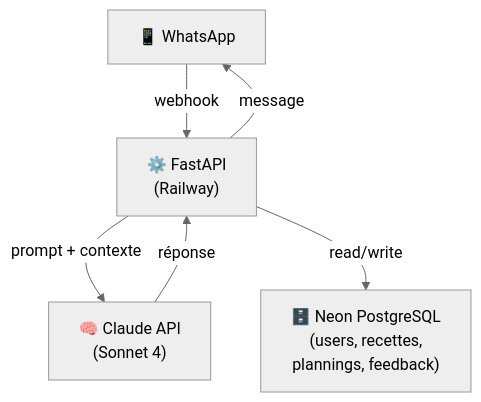
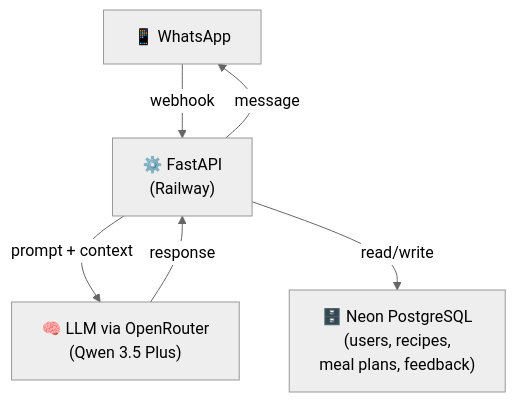
The diagram in CLAUDE.md (mazelx/botatouille), drawn with Mermaid (neutral theme) before and after one commit. The commit also changed other lines of this file and 1 other file, not shown here.

Commit message:
Update CLAUDE.md with Week 1 status and disable reasoning by default

````diff
--- a/CLAUDE.md
+++ b/CLAUDE.md
@@ -27,8 +28,8 @@
 ```mermaid
 flowchart TB
     phone["📱 WhatsApp"] -->|webhook| api["⚙️ FastAPI<br/>(Railway)"]
-    api -->|prompt + contexte| llm["🧠 Claude API<br/>(Sonnet 4)"]
-    llm -->|réponse| api
-    api -->|read/write| db["🗄️ Neon PostgreSQL<br/>(users, recettes,<br/>plannings, feedback)"]
+    api -->|prompt + context| llm["🧠 LLM via OpenRouter<br/>(Qwen 3.5 Plus)"]
+    llm -->|response| api
+    api -->|read/write| db["🗄️ Neon PostgreSQL<br/>(users, recipes,<br/>meal plans, feedback)"]
     api -->|message| phone
 ```
````
